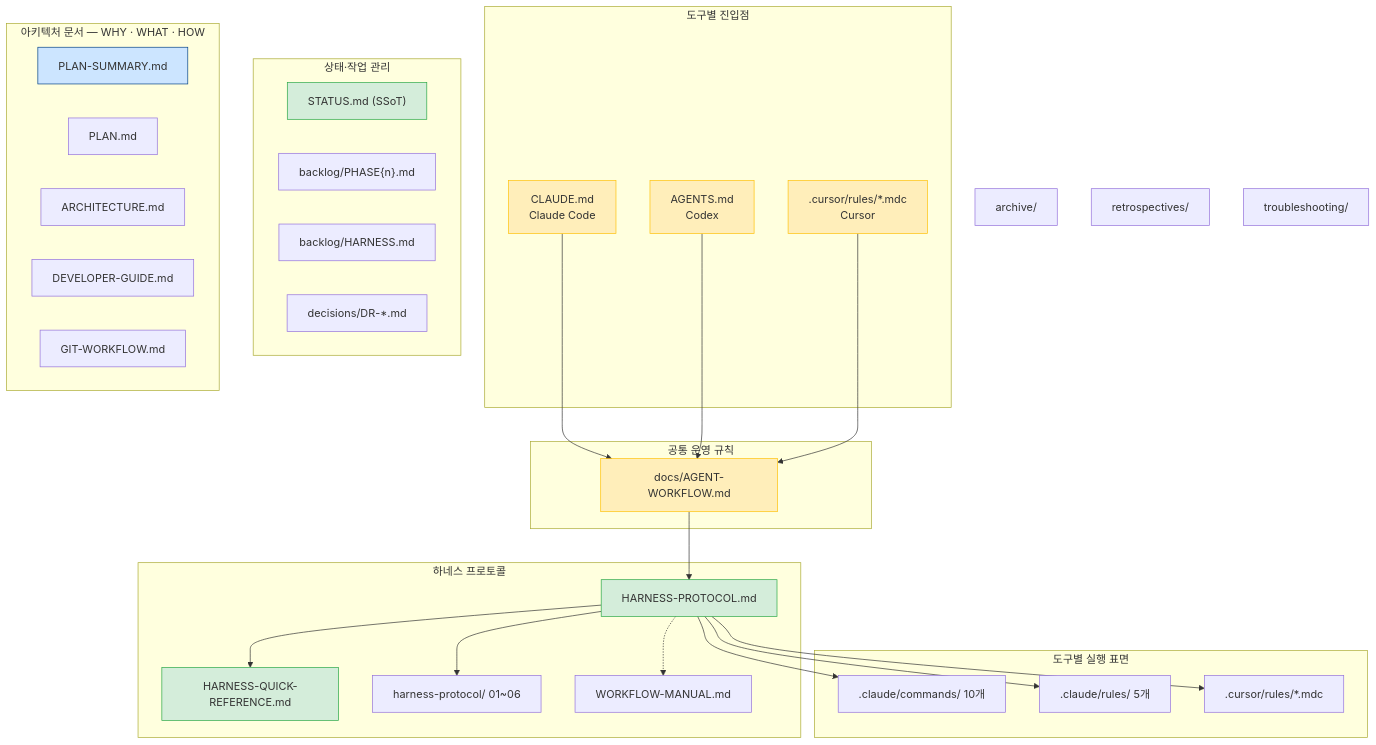
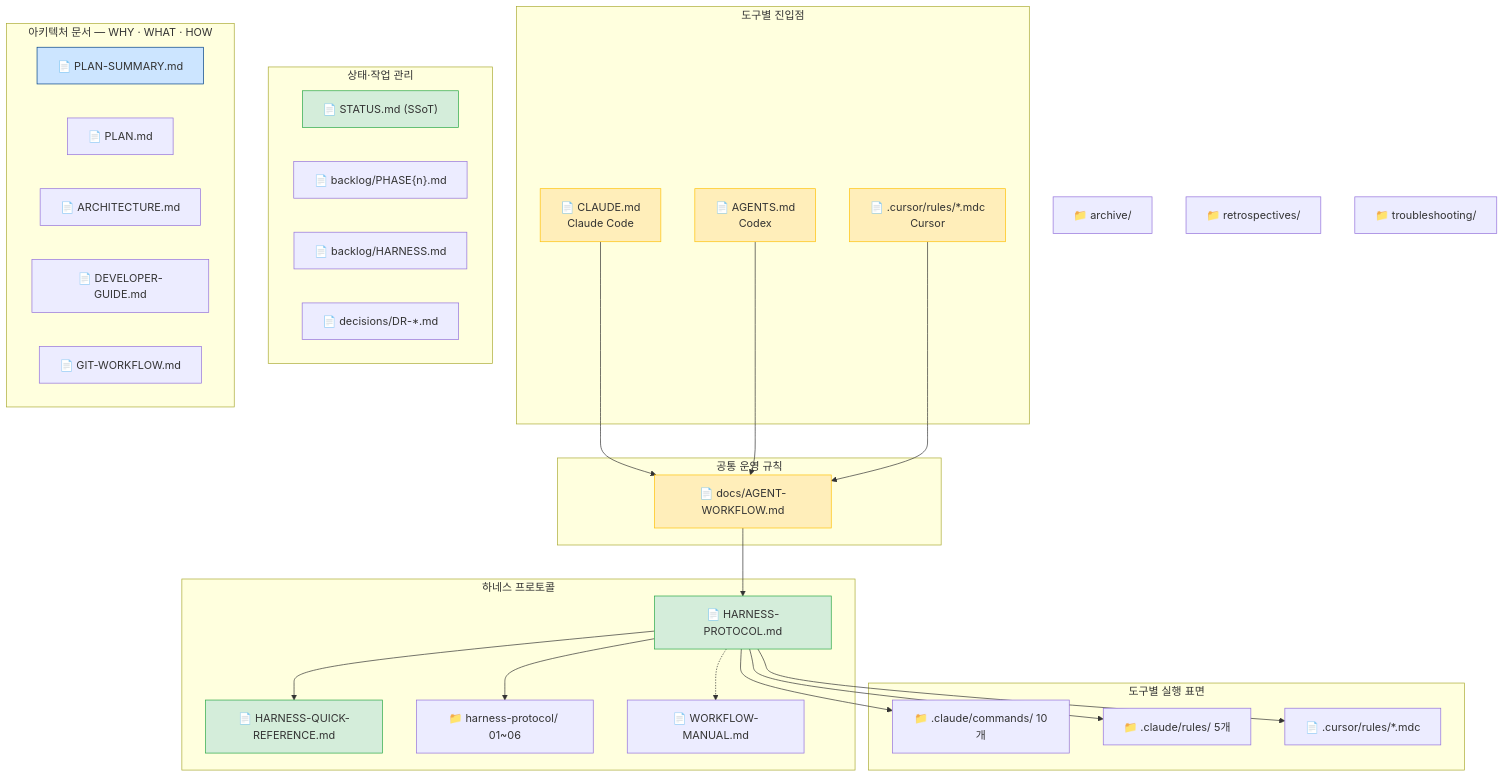
Before and after one commit to kyungseo/ai-workflow-harness: the fifth of 14 diagrams in docs/WORKFLOW-MANUAL.md, drawn with Mermaid. The commit also changed other lines of this file, not shown here.

First line of the commit message:
docs: WORKFLOW-MANUAL 다이어그램 파일/디렉토리 아이콘 통일

````diff
--- a/docs/WORKFLOW-MANUAL.md
+++ b/docs/WORKFLOW-MANUAL.md
@@ -203,64 +203,64 @@
 ```mermaid
 graph TD
     subgraph ENTRY ["도구별 진입점"]
-        CR["CLAUDE.md\nClaude Code"]
-        AG["AGENTS.md\nCodex"]
-        CU[".cursor/rules/*.mdc\nCursor"]
+        CR["📄 CLAUDE.md\nClaude Code"]
+        AG["📄 AGENTS.md\nCodex"]
+        CU["📄 .cursor/rules/*.mdc\nCursor"]
     end
 
     subgraph SHARED ["공통 운영 규칙"]
-        CD["docs/AGENT-WORKFLOW.md"]
+        CD["📄 docs/AGENT-WORKFLOW.md"]
     end
 
     subgraph HARNESS ["하네스 프로토콜"]
-        HP["HARNESS-PROTOCOL.md"]
-        HQ["HARNESS-QUICK-REFERENCE.md"]
-        HD["harness-protocol/ 01~06"]
-        WM["WORKFLOW-MANUAL.md"]
+        HP["📄 HARNESS-PROTOCOL.md"]
+        HQ["📄 HARNESS-QUICK-REFERENCE.md"]
+        HD["📁 harness-protocol/ 01~06"]
+        WM["📄 WORKFLOW-MANUAL.md"]
     end
 
     subgraph TOOLS ["도구별 실행 표면"]
-        CMD[".claude/commands/ 10개"]
-        RULE[".claude/rules/ 5개"]
-        CUR_R[".cursor/rules/*.mdc"]
+        CMD["📁 .claude/commands/ 10개"]
+        RULE["📁 .claude/rules/ 5개"]
+        CUR_R["📄 .cursor/rules/*.mdc"]
     end
 
     subgraph LIVE ["상태·작업 관리"]
-        ST["STATUS.md (SSoT)"]
-        BL["backlog/PHASE{n}.md"]
-        HB["backlog/HARNESS.md"]
-        DR_N["decisions/DR-*.md"]
+        ST["📄 STATUS.md (SSoT)"]
+        BL["📄 backlog/PHASE{n}.md"]
+        HB["📄 backlog/HARNESS.md"]
+        DR_N["📄 decisions/DR-*.md"]
     end
 
     subgraph ADOCS ["아키텍처 문서 — WHY · WHAT · HOW"]
-        PS["PLAN-SUMMARY.md"]
-        PL["PLAN.md"]
-        AR["ARCHITECTURE.md"]
-        DG["DEVELOPER-GUIDE.md"]
-        GW["GIT-WORKFLOW.md"]
+        PS["📄 PLAN-SUMMARY.md"]
+        PL["📄 PLAN.md"]
+        AR["📄 ARCHITECTURE.md"]
+        DG["📄 DEVELOPER-GUIDE.md"]
+        GW["📄 GIT-WORKFLOW.md"]
     end
 
-    ARC2["archive/"]
-    RETRO2["retrospectives/"]
-    TROUBLE2["troubleshooting/"]
+    ARC2["📁 archive/"]
+    RETRO2["📁 retrospectives/"]
+    TROUBLE2["📁 troubleshooting/"]
 
     CR --> CD
     AG --> CD
     CU --> CD
     CD --> HP
     HP --> HQ
     HP --> HD
     HP --> CMD
     HP --> RULE
     HP --> CUR_R
     HP -.-> WM
 
     style CR fill:#ffeeba,stroke:#ffc107
     style AG fill:#ffeeba,stroke:#ffc107
     style CU fill:#ffeeba,stroke:#ffc107
     style CD fill:#ffeeba,stroke:#ffc107
     style ST fill:#d4edda,stroke:#28a745
     style HP fill:#d4edda,stroke:#28a745
     style HQ fill:#d4edda,stroke:#28a745
     style PS fill:#cce5ff,stroke:#004085
 ```
````
